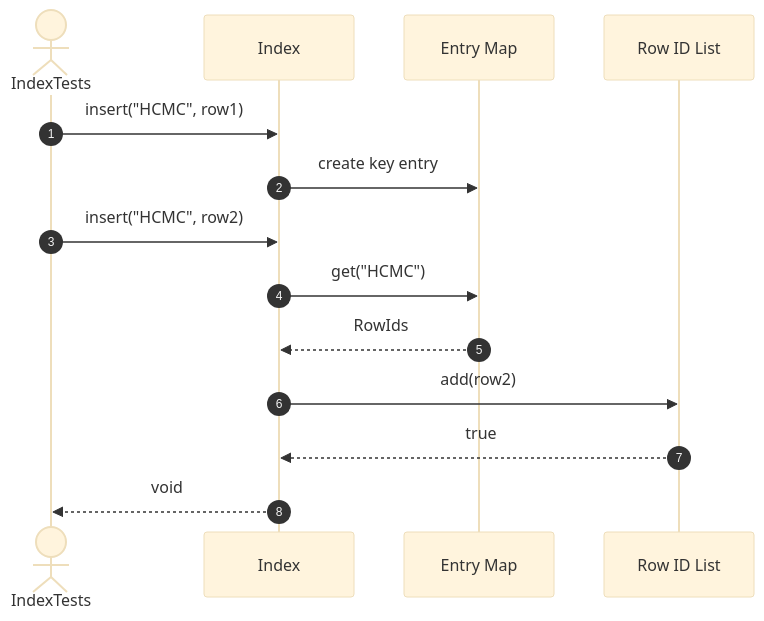
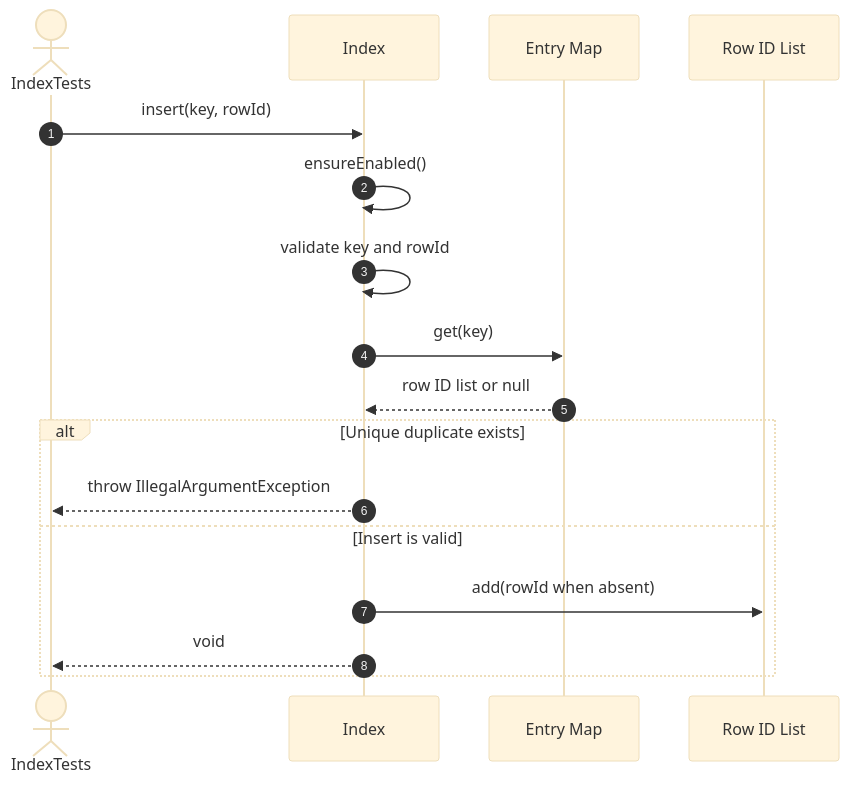
Before and after one commit to FhuAnn/-bbv-AN-s-DBMS: diagram 24 of 50 in src/tests/unit/metadata/sequences/indexs-testing.se.md, drawn with Mermaid (base theme). The commit also changed other lines of this file and 9 other files, not shown here.

Commit message:
table and row run test successfully, remaining constraint object

````diff
--- a/src/tests/unit/metadata/sequences/indexs-testing.se.md
+++ b/src/tests/unit/metadata/sequences/indexs-testing.se.md
@@ -90,18 +407,20 @@
 ```mermaid
 sequenceDiagram
     autonumber
     actor Test as IndexTests
     participant Index as Index
     participant Entries as Entry Map
     participant RowIds as Row ID List
 
-    Test->>Index: insert("HCMC", row1)
-    Index->>Entries: create key entry
-
-    Test->>Index: insert("HCMC", row2)
-    Index->>Entries: get("HCMC")
-    Entries-->>Index: RowIds
-    Index->>RowIds: add(row2)
-    RowIds-->>Index: true
+    Test->>Index: insert(key, rowId)
+    Index->>Index: ensureEnabled()
+    Index->>Index: validate key and rowId
+    Index->>Entries: get(key)
+    Entries-->>Index: row ID list or null
+    alt Unique duplicate exists
+    Index-->>Test: throw IllegalArgumentException
+    else Insert is valid
+    Index->>RowIds: add(rowId when absent)
     Index-->>Test: void
+    end
 ```
````
